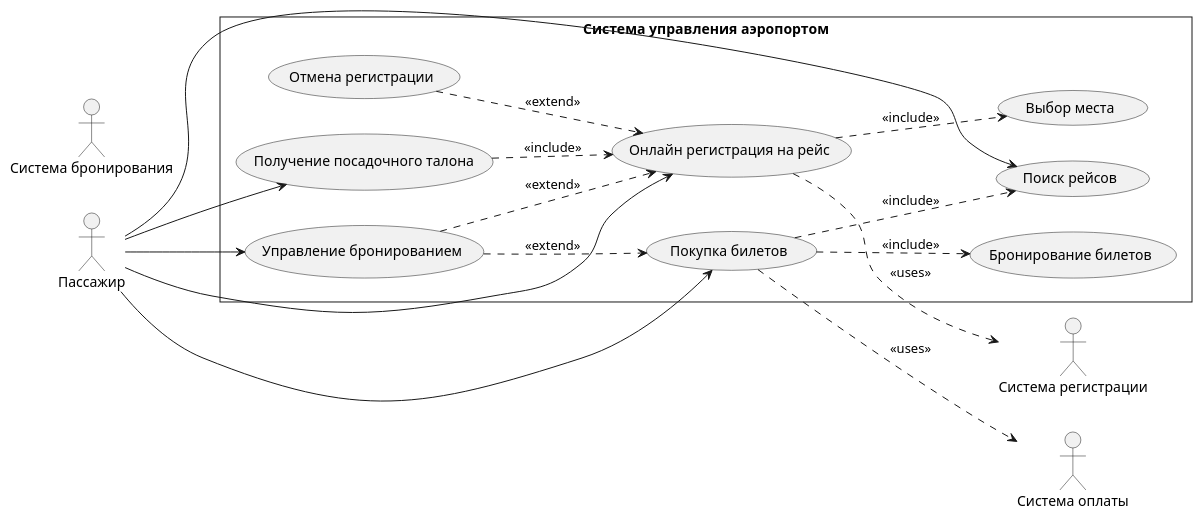
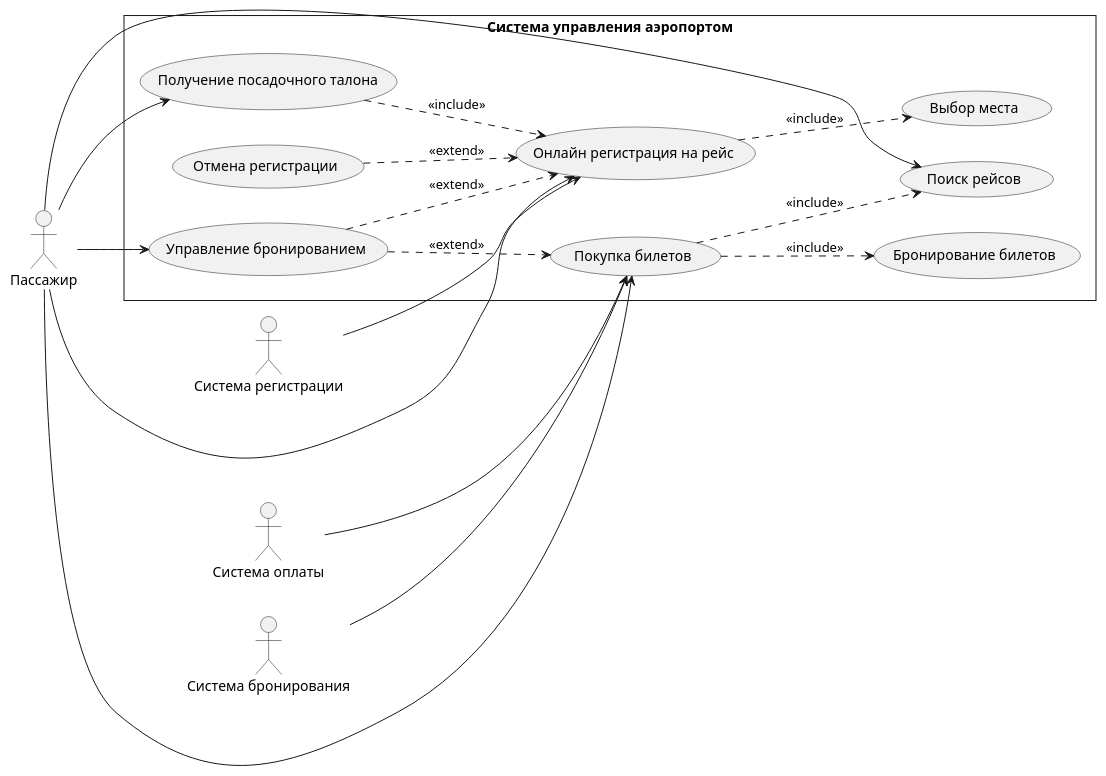
Before and after one commit to mm-shkurin/studies_2026: the diagram in SE/solution/lab_05/lab2/diagrams/01_use_case_diagram.puml, drawn with PlantUML. The commit also changed 6 other files, not shown here.

```diff
--- a/SE/solution/lab_05/lab2/diagrams/01_use_case_diagram.puml
+++ b/SE/solution/lab_05/lab2/diagrams/01_use_case_diagram.puml
@@ -1,36 +1,37 @@
 @startuml UseCaseDiagram
 skinparam style strictuml
 left to right direction
 
 actor "Пассажир" as passenger
 actor "Система оплаты" as payment_system
 actor "Система бронирования" as booking_system
 actor "Система регистрации" as registration_system
 
 rectangle "Система управления аэропортом" {
   usecase "Поиск рейсов" as search
   usecase "Покупка билетов" as purchase
   usecase "Бронирование билетов" as book
   usecase "Выбор места" as select_seat
   usecase "Онлайн регистрация на рейс" as checkin
   usecase "Управление бронированием" as manage
   usecase "Получение посадочного талона" as boarding
   usecase "Отмена регистрации" as cancel_checkin
 }
 
 passenger --> search
 passenger --> purchase
 passenger --> checkin
 passenger --> manage
 passenger --> boarding
 
 purchase ..> search : <<include>>
 purchase ..> book : <<include>>
-purchase ..> payment_system : <<uses>>
+payment_system --> purchase
+booking_system --> purchase
 checkin ..> select_seat : <<include>>
-checkin ..> registration_system : <<uses>>
+registration_system --> checkin
 boarding ..> checkin : <<include>>
 manage ..> purchase : <<extend>>
 manage ..> checkin : <<extend>>
 cancel_checkin ..> checkin : <<extend>>
 @enduml
```
